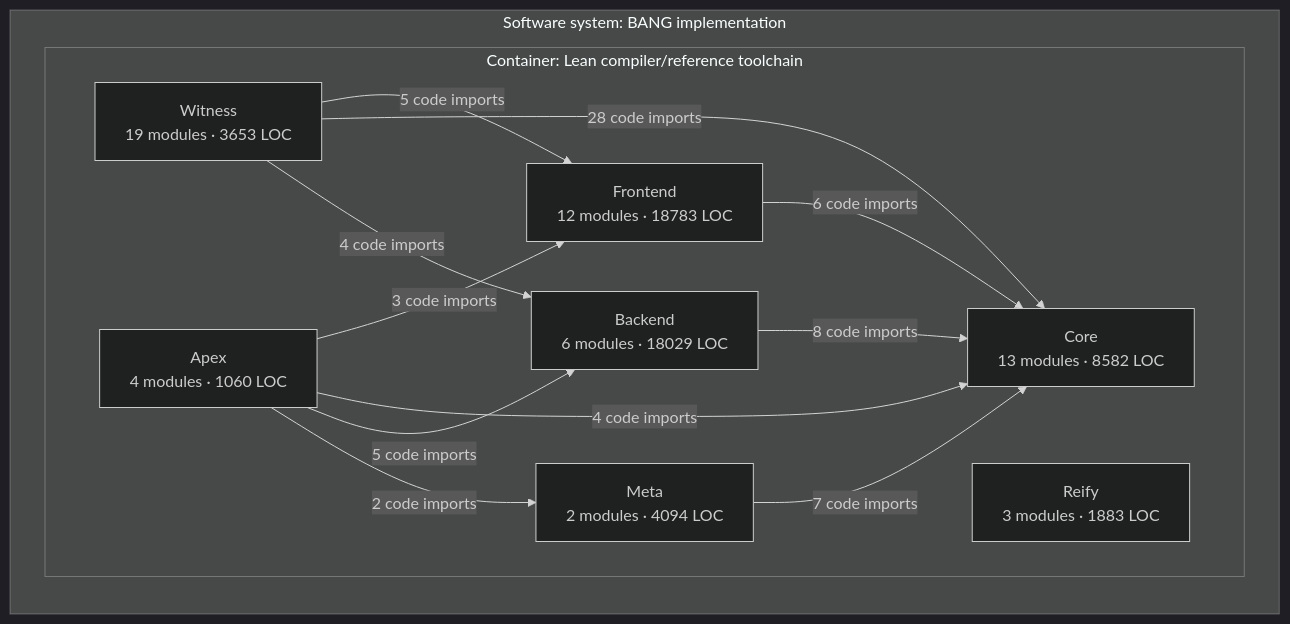
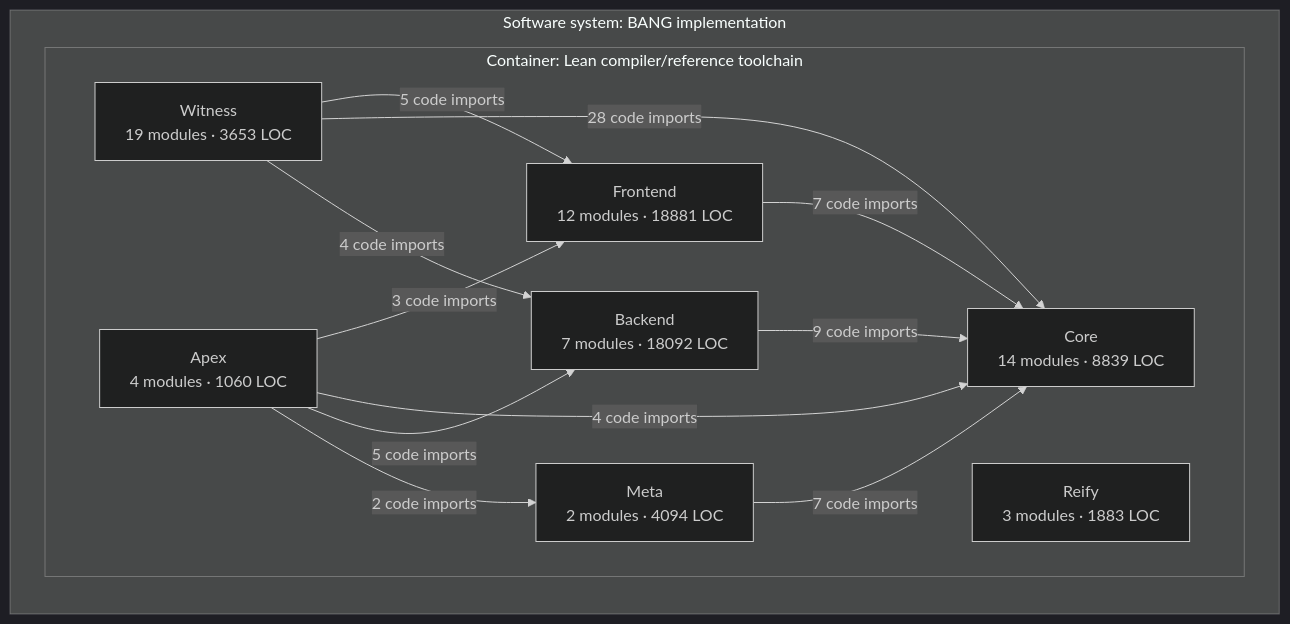
The third of 3 diagrams in docs/architecture/core-overview.md (phibkro/bang), drawn with Mermaid (dark theme) before and after one commit. The commit also changed other lines of this file and 14 other files, not shown here.

````diff
--- a/docs/architecture/core-overview.md
+++ b/docs/architecture/core-overview.md
@@ -160,24 +160,24 @@
 ```mermaid
 flowchart LR
   subgraph system_BANG["Software system: BANG implementation"]
     subgraph container_Lean_toolchain["Container: Lean compiler/reference toolchain"]
-      component_Frontend["Frontend<br/>12 modules · 18783 LOC"]
-      component_Core["Core<br/>13 modules · 8582 LOC"]
-      component_Backend["Backend<br/>6 modules · 18029 LOC"]
+      component_Frontend["Frontend<br/>12 modules · 18881 LOC"]
+      component_Core["Core<br/>14 modules · 8839 LOC"]
+      component_Backend["Backend<br/>7 modules · 18092 LOC"]
       component_Meta["Meta<br/>2 modules · 4094 LOC"]
       component_Witness["Witness<br/>19 modules · 3653 LOC"]
       component_Reify["Reify<br/>3 modules · 1883 LOC"]
       component_Apex["Apex<br/>4 modules · 1060 LOC"]
     end
   end
-  component_Frontend -->|6 code imports| component_Core
-  component_Backend -->|8 code imports| component_Core
+  component_Frontend -->|7 code imports| component_Core
+  component_Backend -->|9 code imports| component_Core
   component_Meta -->|7 code imports| component_Core
   component_Witness -->|5 code imports| component_Frontend
   component_Witness -->|28 code imports| component_Core
   component_Witness -->|4 code imports| component_Backend
   component_Apex -->|3 code imports| component_Frontend
   component_Apex -->|4 code imports| component_Core
   component_Apex -->|5 code imports| component_Backend
   component_Apex -->|2 code imports| component_Meta
 ```
````
